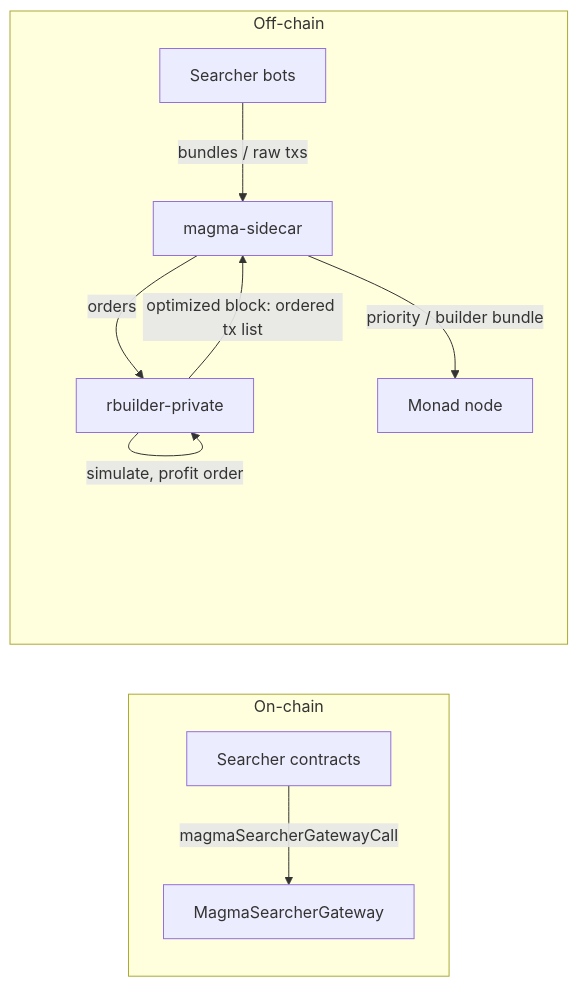
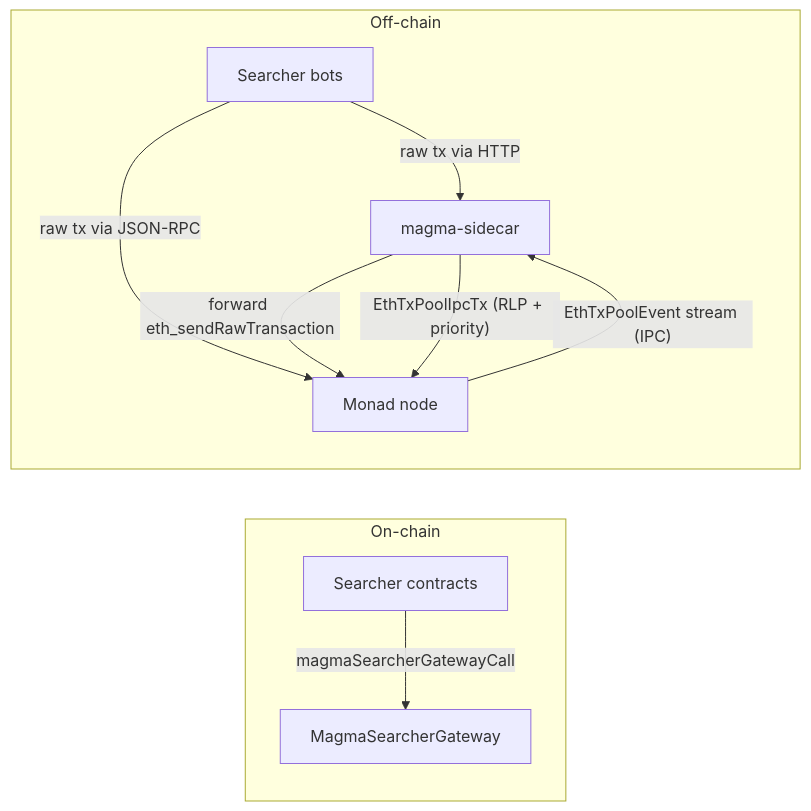
One commit to MagmaStaking/magma-sidecar changed the diagram in docs/ARCHITECTURE.md. Above: the diagram before and after it, drawn with Mermaid. The commit also changed other lines of this file and 2 other files, not shown here.

First line of the commit message:
Refine architecture documentation and local development guide

````diff
--- a/docs/ARCHITECTURE.md
+++ b/docs/ARCHITECTURE.md
@@ -17,21 +19,20 @@
 ```mermaid
 flowchart LR
   subgraph onchain [On-chain]
     S[Searcher contracts]
     G[MagmaSearcherGateway]
     S -->|"magmaSearcherGatewayCall"| G
   end
 
   subgraph offchain [Off-chain]
     SB[Searcher bots]
     SC[magma-sidecar]
-    R[rbuilder-private]
     M[Monad node]
   end
 
-  SB -->|"bundles / raw txs"| SC
-  SC -->|"orders"| R
-  R -->|"simulate, profit order"| R
-  R -->|"optimized block: ordered tx list"| SC
-  SC -->|"priority / builder bundle"| M
+  SB -->|"raw tx via HTTP"| SC
+  SB -->|"raw tx via JSON-RPC"| M
+  SC -->|"forward eth_sendRawTransaction"| M
+  M -->|"EthTxPoolEvent stream (IPC)"| SC
+  SC -->|"EthTxPoolIpcTx (RLP + priority)"| M
 ```
````
